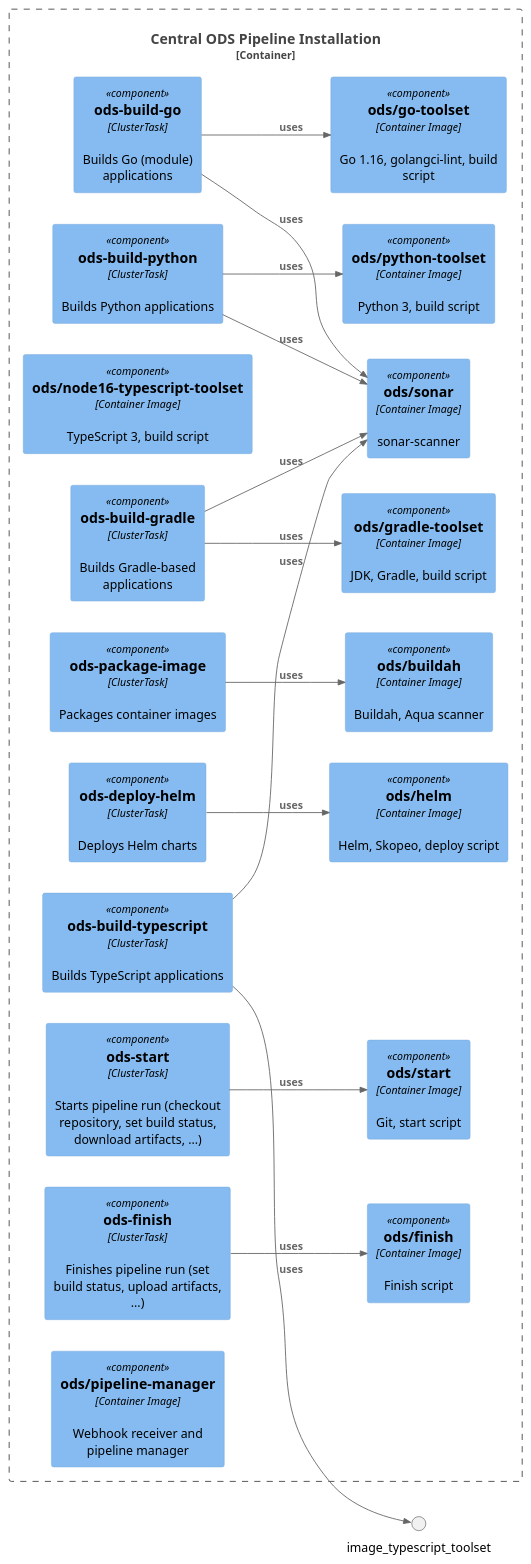
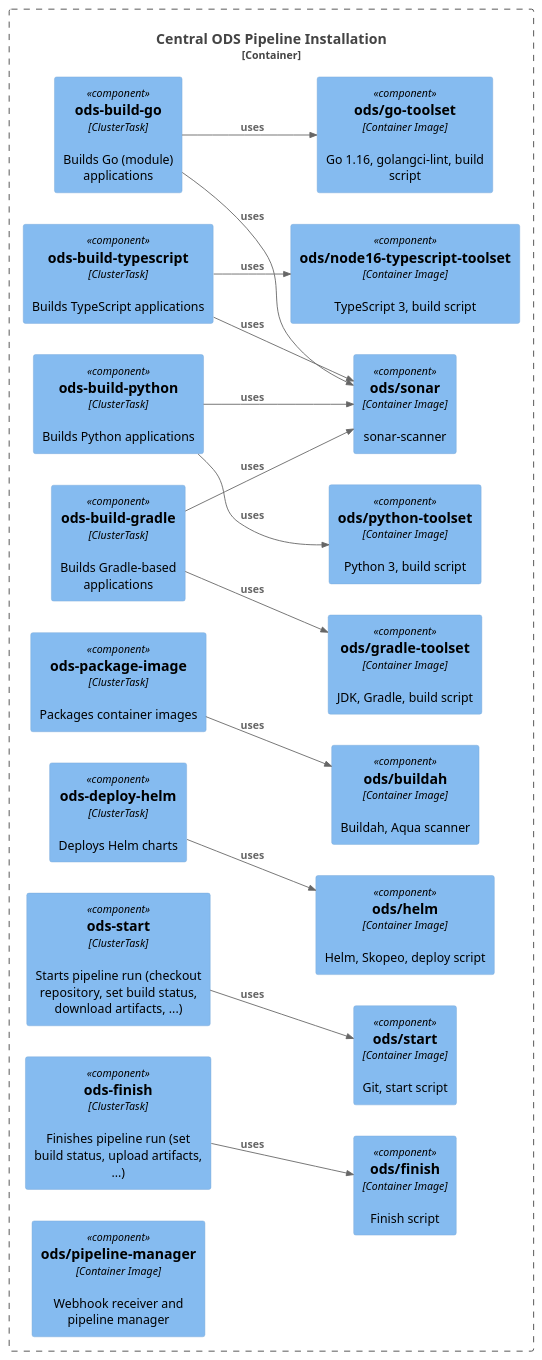
One commit to opendevstack/ods-pipeline changed the diagram in docs/architecture/component-central-installation.puml. Above: the diagram before and after it, drawn with PlantUML.

Commit message:
Update component-central-installation.puml
[ci skip]

```diff
--- a/docs/architecture/component-central-installation.puml
+++ b/docs/architecture/component-central-installation.puml
@@ -1,59 +1,59 @@
 @startuml "central-installation"
 !include https://raw.githubusercontent.com/plantuml-stdlib/C4-PlantUML/master/C4_Container.puml
 !include https://raw.githubusercontent.com/plantuml-stdlib/C4-PlantUML/master/C4_Component.puml
 ' uncomment the following line and comment the first to use locally
 ' !include C4_Container.puml
 
 LAYOUT_LEFT_RIGHT()
 
 Container_Boundary(c1, "Central ODS Pipeline Installation"){
     Component(task_build_go, "ods-build-go", "ClusterTask", "Builds Go (module) applications")
     Component(image_go_toolset, "ods/go-toolset", "Container Image", "Go 1.16, golangci-lint, build script")
 
     Component(task_build_typescript, "ods-build-typescript", "ClusterTask", "Builds TypeScript applications")
     Component(image_node16_typescript_toolset, "ods/node16-typescript-toolset", "Container Image", "TypeScript 3, build script")
 
     Component(task_build_python, "ods-build-python", "ClusterTask", "Builds Python applications")
     Component(image_python_toolset, "ods/python-toolset", "Container Image", "Python 3, build script")
 
     Component(task_build_gradle, "ods-build-gradle", "ClusterTask", "Builds Gradle-based applications")
     Component(image_gradle_toolset, "ods/gradle-toolset", "Container Image", "JDK, Gradle, build script")
 
     Component(task_package_image, "ods-package-image", "ClusterTask", "Packages container images")
     Component(image_buildah, "ods/buildah", "Container Image", "Buildah, Aqua scanner")
 
     Component(task_deploy_helm, "ods-deploy-helm", "ClusterTask", "Deploys Helm charts")
     Component(image_helm, "ods/helm", "Container Image", "Helm, Skopeo, deploy script")
 
     Component(task_start, "ods-start", "ClusterTask", "Starts pipeline run (checkout repository, set build status, download artifacts, ...)")
     Component(image_start, "ods/start", "Container Image", "Git, start script")
 
     Component(task_finish, "ods-finish", "ClusterTask", "Finishes pipeline run (set build status, upload artifacts, ...)")
     Component(image_finish, "ods/finish", "Container Image", "Finish script")
 
     Component(image_sonar, "ods/sonar", "Container Image", "sonar-scanner")
 
     Component(image_pipeline_manager, "ods/pipeline-manager", "Container Image", "Webhook receiver and pipeline manager")
 }
 
 Rel(task_build_go, image_go_toolset, "uses")
 Rel(task_build_go, image_sonar, "uses")
 
-Rel(task_build_typescript, image_typescript_toolset, "uses")
+Rel(task_build_typescript, image_node16_typescript_toolset, "uses")
 Rel(task_build_typescript, image_sonar, "uses")
 
 Rel(task_build_python, image_python_toolset, "uses")
 Rel(task_build_python, image_sonar, "uses")
 
 Rel(task_build_gradle, image_gradle_toolset, "uses")
 Rel(task_build_gradle, image_sonar, "uses")
 
 Rel(task_package_image, image_buildah, "uses")
 
 Rel(task_deploy_helm, image_helm, "uses")
 
 Rel(task_start, image_start, "uses")
 
 Rel(task_finish, image_finish, "uses")
 
 @enduml
```
